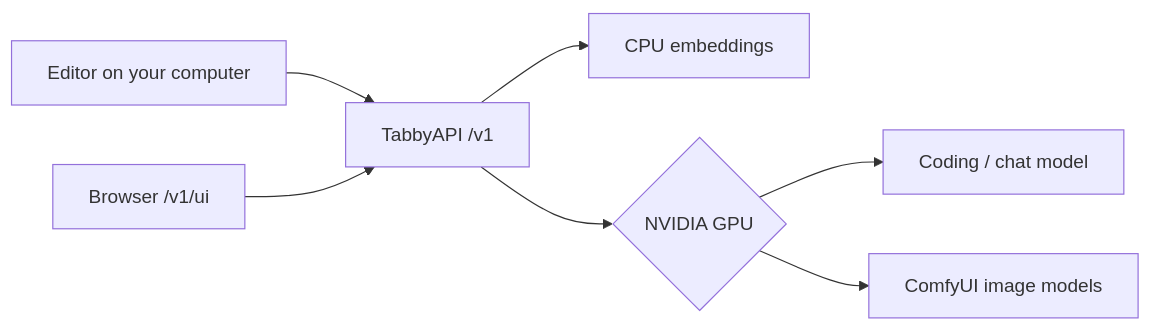
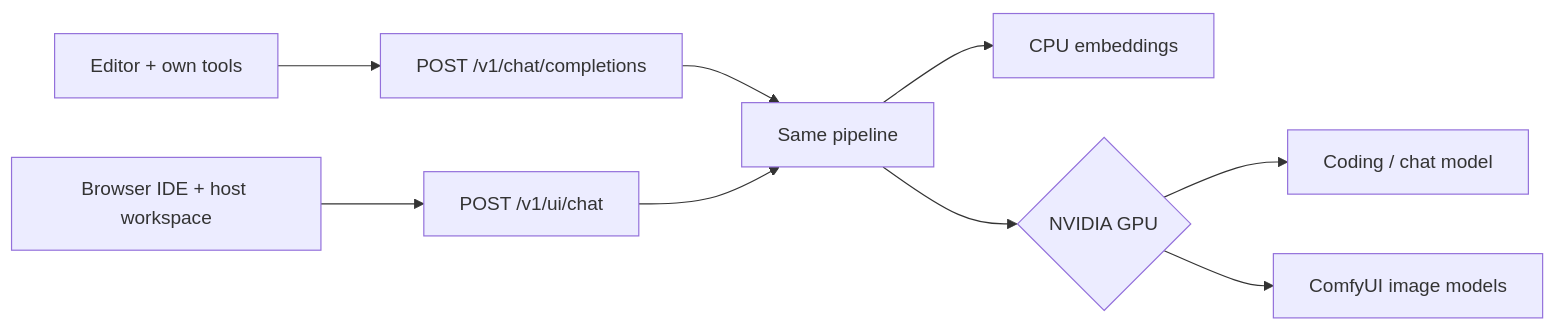
The diagram in README.md (styelz/tabby-stack-archlinux), drawn with Mermaid before and after one commit. The commit also changed other lines of this file and 3 other files, not shown here.

First line of the commit message:
Document the two Chat Completions clients in the stack markdown.

````diff
--- a/README.md
+++ b/README.md
@@ -17,9 +17,11 @@
 ```mermaid
 flowchart LR
-    Editor["Editor on your computer"] --> API["TabbyAPI /v1"]
-    Browser["Browser /v1/ui"] --> API
-    API --> CPU["CPU embeddings"]
-    API --> GPU{"NVIDIA GPU"}
+    Editor["Editor + own tools"] --> OAI["POST /v1/chat/completions"]
+    Browser["Browser IDE + host workspace"] --> UI["POST /v1/ui/chat"]
+    OAI --> Pipe["Same pipeline"]
+    UI --> Pipe
+    Pipe --> CPU["CPU embeddings"]
+    Pipe --> GPU{"NVIDIA GPU"}
     GPU --> LLM["Coding / chat model"]
     GPU --> Images["ComfyUI image models"]
 ```
````
